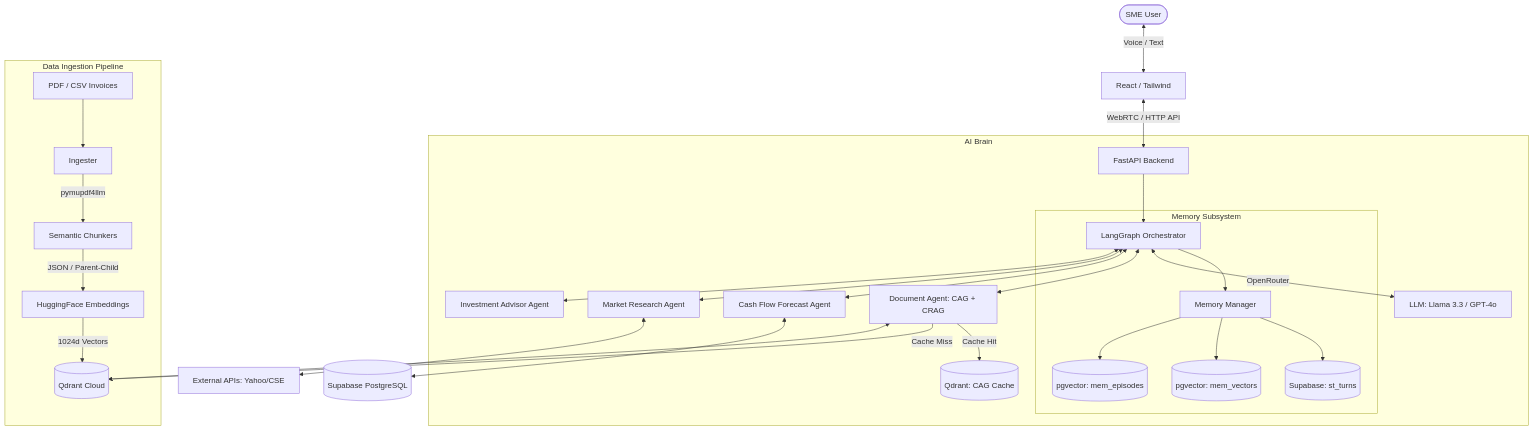
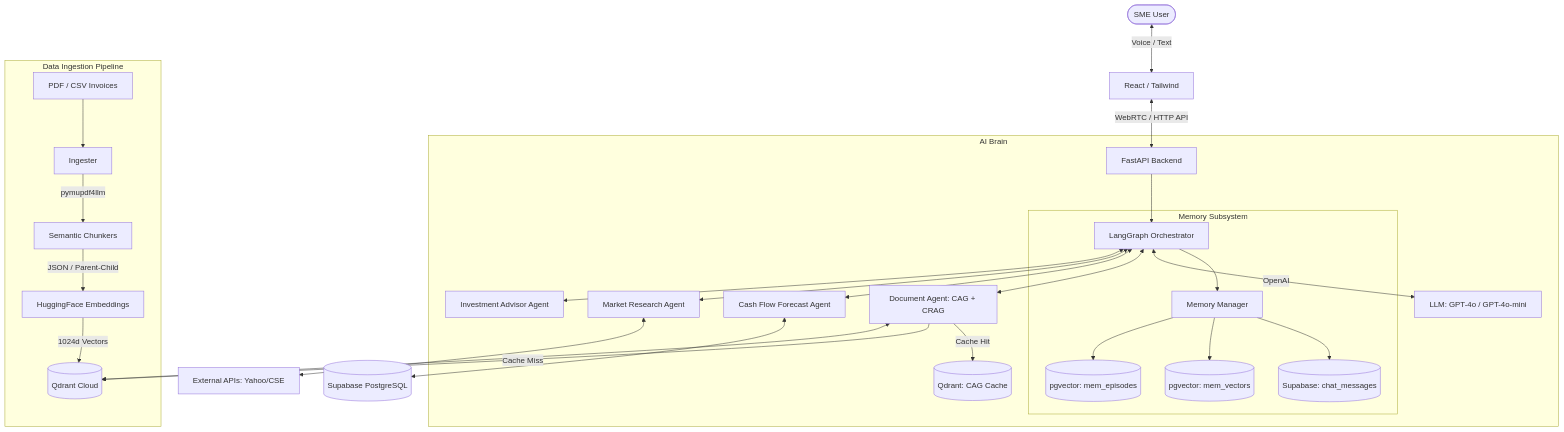
One commit to dinod001/FinVox changed the diagram in README.md. Above: the diagram before and after it, drawn with Mermaid. The commit also changed other lines of this file and 17 other files, not shown here.

First line of the commit message:
feat: initialize project infra, relational memory, ingestion, and api schemas

````diff
--- a/README.md
+++ b/README.md
@@ -30,35 +30,35 @@
 ```mermaid
 graph TD
     User([SME User]) <--> |Voice / Text| Frontend[React / Tailwind]
     Frontend <--> |WebRTC / HTTP API| Backend[FastAPI Backend]
 
     subgraph Data Ingestion Pipeline
         RawFiles[PDF / CSV Invoices] --> Ingester[Ingester]
         Ingester --> |pymupdf4llm| Chunker[Semantic Chunkers]
         Chunker --> |JSON / Parent-Child| Embedder[HuggingFace Embeddings]
         Embedder --> |1024d Vectors| Qdrant[(Qdrant Cloud)]
     end
 
     subgraph AI Brain
         Backend --> Orchestrator[LangGraph Orchestrator]
         
         subgraph Memory Subsystem
             Orchestrator --> MemManager[Memory Manager]
-            MemManager --> ST[(Supabase: st_turns)]
+            MemManager --> ST[(Supabase: chat_messages)]
             MemManager --> LT[(pgvector: mem_vectors)]
             MemManager --> Episodic[(pgvector: mem_episodes)]
         end
         
-        Orchestrator <--> |OpenRouter| LLM[LLM: Llama 3.3 / GPT-4o]
+        Orchestrator <--> |OpenAI| LLM[LLM: GPT-4o / GPT-4o-mini]
         Orchestrator <--> Agent1[Document Agent: CAG + CRAG]
         Orchestrator <--> Agent2[Cash Flow Forecast Agent]
         Orchestrator <--> Agent3[Market Research Agent]
         Orchestrator <--> Agent4[Investment Advisor Agent]
         Agent1 --> |Cache Hit| CAGCache[(Qdrant: CAG Cache)]
         Agent1 --> |Cache Miss| Qdrant
     end
 
     Agent1 <--> Qdrant
     Agent2 <--> Supabase[(Supabase PostgreSQL)]
     Agent3 <--> ExternalAPIs[External APIs: Yahoo/CSE]
 ```
````
